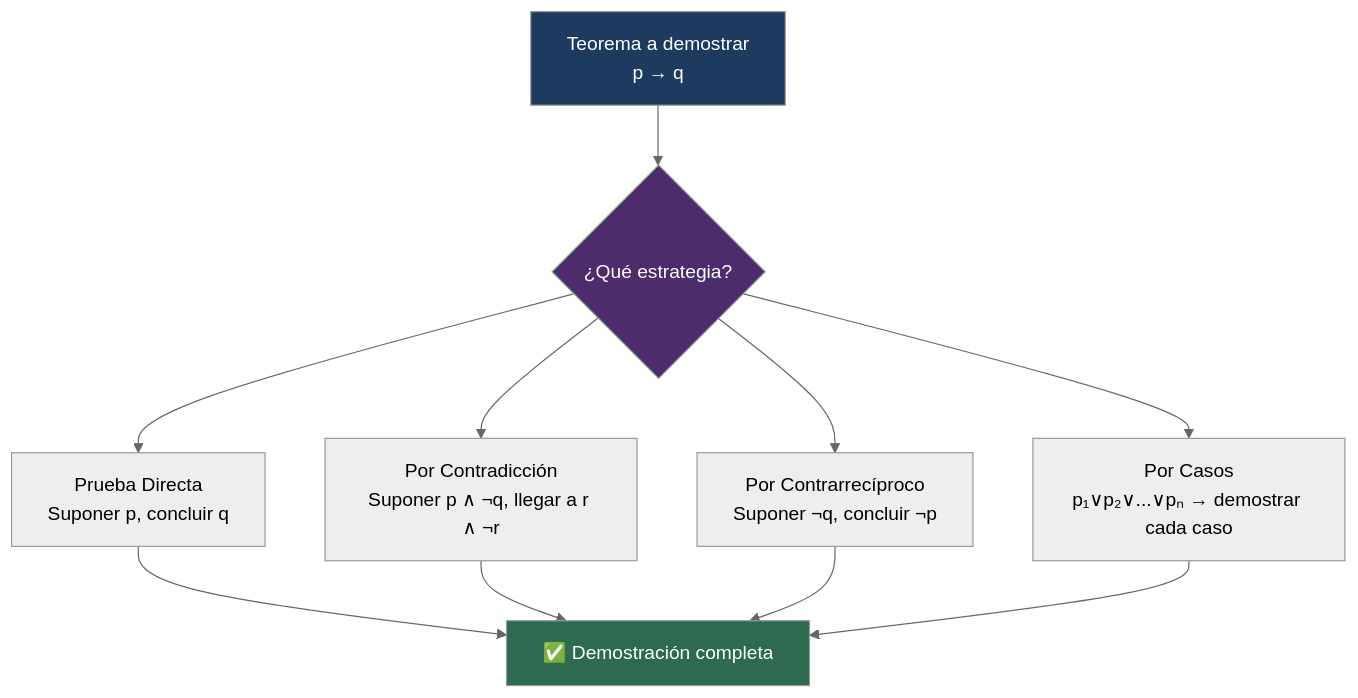
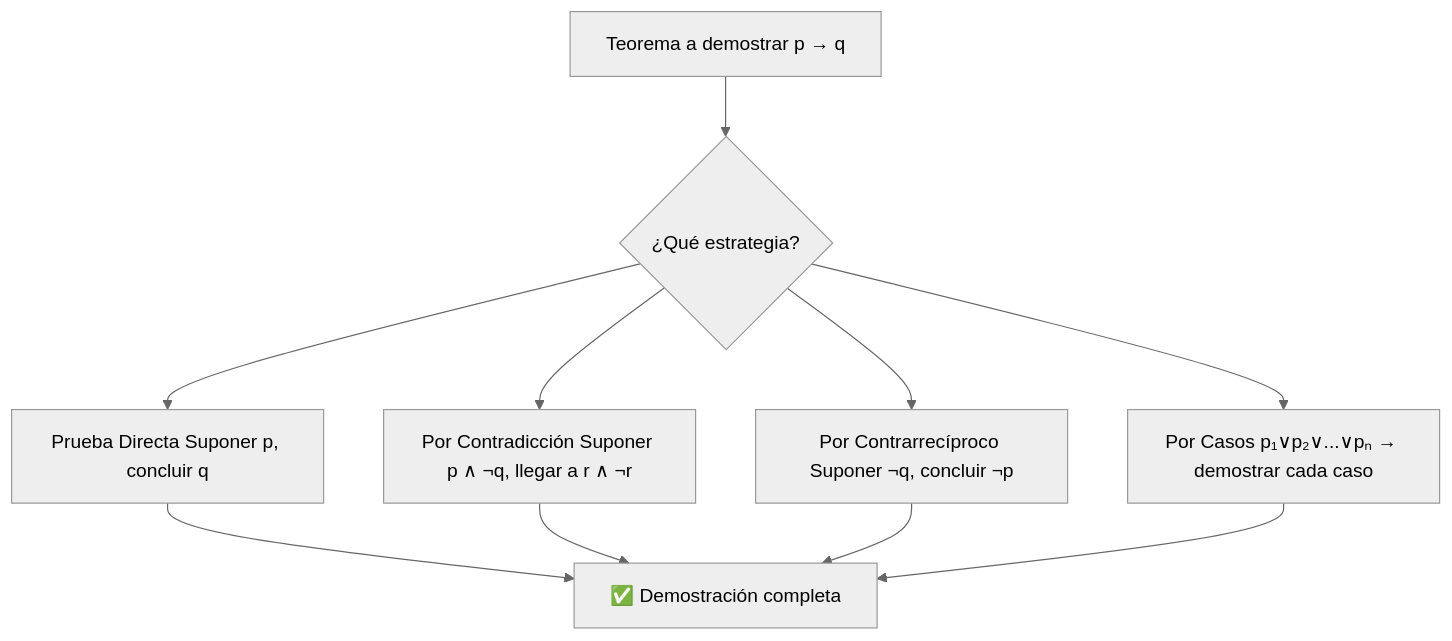
Before and after one commit to Fsteven22/Notas-de-Universidad-Freddy-Sanchez-: the diagram in Universidad/3er Semestre/Matemáticas Discretas/Unidad 1 - Logica y Conjuntos/II - Álgebra Proposicional/03 - Demostraciones.md, drawn with Mermaid (neutral theme). The commit also changed other lines of this file and 1424 other files, not shown here.

````diff
--- a/Universidad/3er Semestre/Matemáticas Discretas/Unidad 1 - Logica y Conjuntos/II - Álgebra Proposicional/03 - Demostraciones.md
+++ b/Universidad/3er Semestre/Matemáticas Discretas/Unidad 1 - Logica y Conjuntos/II - Álgebra Proposicional/03 - Demostraciones.md
@@ -318,18 +322,15 @@
 ```mermaid
 graph TD
-    A[Teorema a demostrar<br/>p → q] --> B{¿Qué estrategia?}
+    A[Teorema a demostrar p → q] --> B{¿Qué estrategia?}
 
-    B --> C[Prueba Directa<br/>Suponer p, concluir q]
-    B --> D[Por Contradicción<br/>Suponer p ∧ ¬q, llegar a r ∧ ¬r]
-    B --> E[Por Contrarrecíproco<br/>Suponer ¬q, concluir ¬p]
-    B --> F[Por Casos<br/>p₁∨p₂∨...∨pₙ → demostrar cada caso]
+    B --> C[Prueba Directa Suponer p, concluir q]
+    B --> D[Por Contradicción Suponer p ∧ ¬q, llegar a r ∧ ¬r]
+    B --> E[Por Contrarrecíproco Suponer ¬q, concluir ¬p]
+    B --> F[Por Casos p₁∨p₂∨...∨pₙ → demostrar cada caso]
 
     C --> G[✅ Demostración completa]
     D --> G
     E --> G
     F --> G
 
-    style A fill:#1e3a5f,color:#fff
-    style B fill:#4a2d6a,color:#fff
-    style G fill:#2d6a4f,color:#fff
 ```
````
